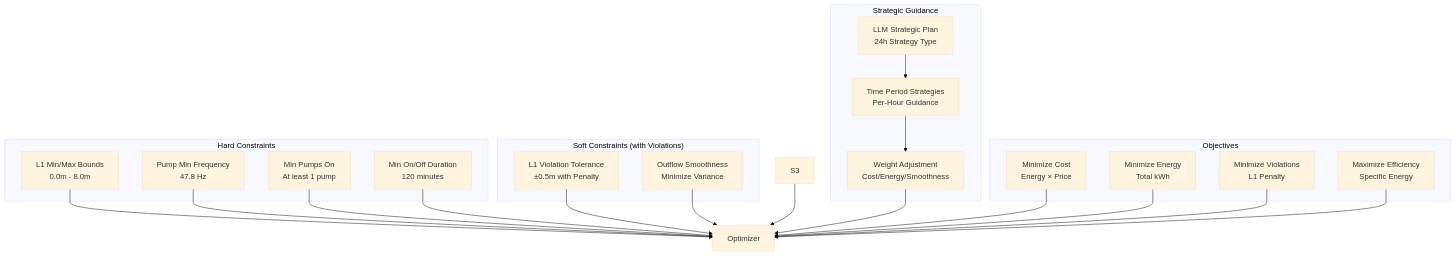
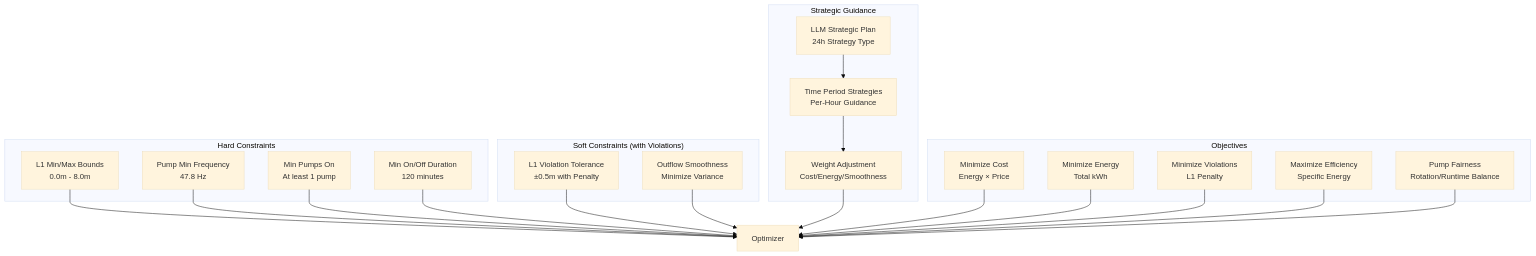
The tenth of 12 diagrams in agents/optimizer_agent/ARCHITECTURE.md (alexha11/Junction-2025), drawn with Mermaid (base theme) before and after one commit. The commit also changed other lines of this file and 36 other files, not shown here.

````diff
--- a/agents/optimizer_agent/ARCHITECTURE.md
+++ b/agents/optimizer_agent/ARCHITECTURE.md
@@ -437,44 +561,45 @@
 ```mermaid
 graph TD
     subgraph "Hard Constraints"
         H1[L1 Min/Max Bounds<br/>0.0m - 8.0m]
         H2[Pump Min Frequency<br/>47.8 Hz]
         H3[Min Pumps On<br/>At least 1 pump]
         H4[Min On/Off Duration<br/>120 minutes]
     end
     
     subgraph "Soft Constraints (with Violations)"
         S1[L1 Violation Tolerance<br/>±0.5m with Penalty]
         S2[Outflow Smoothness<br/>Minimize Variance]
     end
     
     subgraph "Strategic Guidance"
         ST1[LLM Strategic Plan<br/>24h Strategy Type]
         ST2[Time Period Strategies<br/>Per-Hour Guidance]
         ST3[Weight Adjustment<br/>Cost/Energy/Smoothness]
         ST1 --> ST2
         ST2 --> ST3
     end
     
     subgraph "Objectives"
         O1[Minimize Cost<br/>Energy × Price]
         O2[Minimize Energy<br/>Total kWh]
         O3[Minimize Violations<br/>L1 Penalty]
         O4[Maximize Efficiency<br/>Specific Energy]
+    O5[Pump Fairness<br/>Rotation/Runtime Balance]
     end
     
     H1 --> OPT[Optimizer]
     H2 --> OPT
     H3 --> OPT
     H4 --> OPT
     
     S1 --> OPT
     S2 --> OPT
-    S3 --> OPT
     
     ST3 --> OPT
     O1 --> OPT
     O2 --> OPT
     O3 --> OPT
     O4 --> OPT
+    O5 --> OPT
 ```
````
